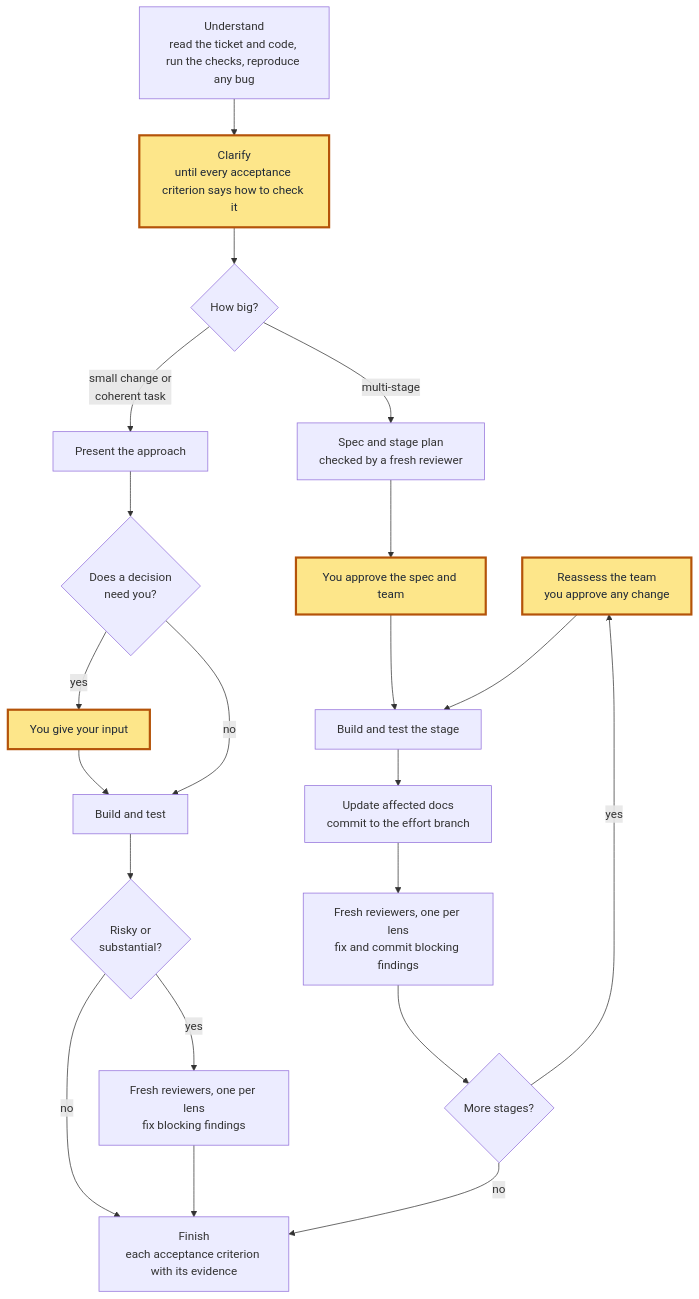
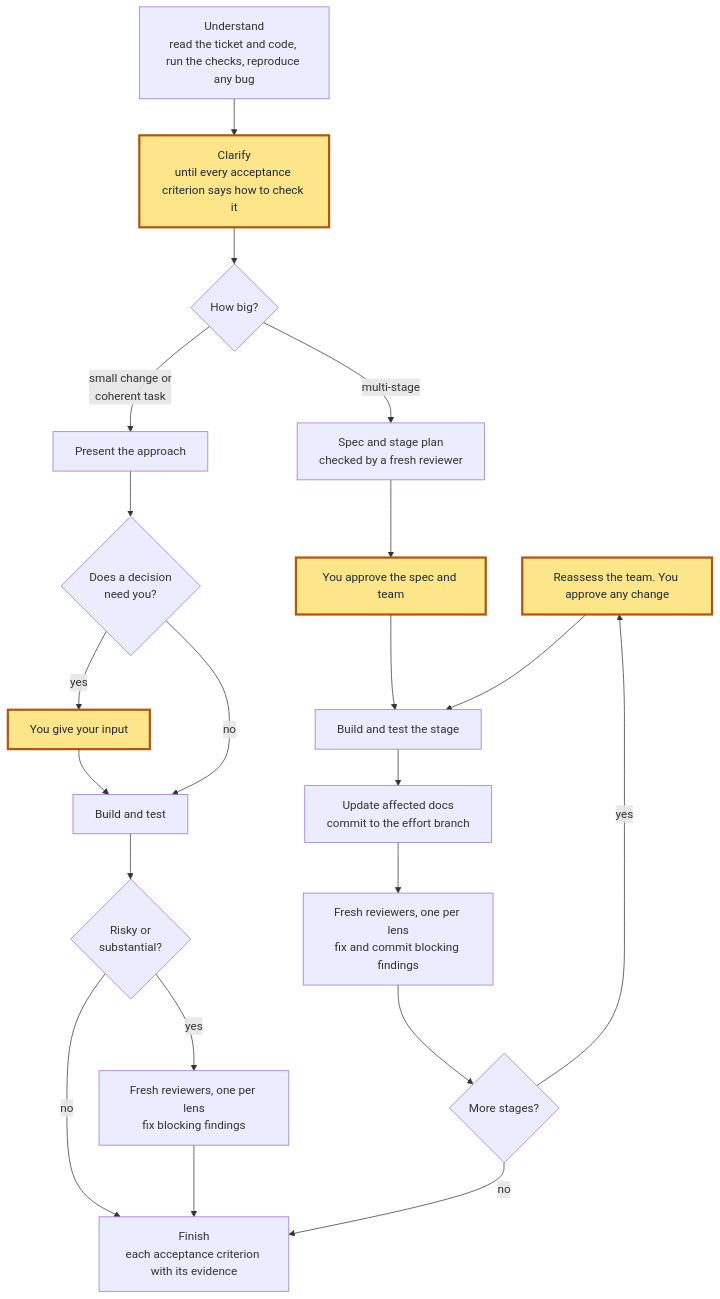
One commit to dipsylala/skills changed the diagram in do-my-work/README.md. Above: the diagram before and after it, drawn with Mermaid.

Commit message:
Reword the reassess-the-team box in the do-my-work diagram

````diff
--- a/do-my-work/README.md
+++ b/do-my-work/README.md
@@ -50,45 +50,45 @@
 ```mermaid
 flowchart TD
     %% Declared first so the layout draws it beside the stage loop.
-    Reassess["Reassess the team<br/>you approve any change"]
+    Reassess["Reassess the team. You approve any change"]
     U["Understand<br/>read the ticket and code, run the checks, reproduce any bug"]
     C["Clarify<br/>until every acceptance criterion says how to check it"]
     Size{"How big?"}
     Plan["Present the approach"]
     Decide{"Does a decision<br/>need you?"}
     Ask["You give your input"]
     Build["Build and test"]
     Risky{"Risky or<br/>substantial?"}
     Review["Fresh reviewers, one per lens<br/>fix blocking findings"]
     Spec["Spec and stage plan<br/>checked by a fresh reviewer"]
     Approve["You approve the spec and team"]
     Stage["Build and test the stage"]
     Commit["Update affected docs<br/>commit to the effort branch"]
     StageReview["Fresh reviewers, one per lens<br/>fix and commit blocking findings"]
     More{"More stages?"}
     Finish["Finish<br/>each acceptance criterion with its evidence"]
 
     U --> C
     C --> Size
     Size -- "small change or<br/>coherent task" --> Plan
     Plan --> Decide
     Decide -- yes --> Ask
     Ask --> Build
     Decide -- no --> Build
     Build --> Risky
     Risky -- yes --> Review
     Risky -- no --> Finish
     Review --> Finish
     Size -- multi-stage --> Spec
     Spec --> Approve
     Approve --> Stage
     Stage --> Commit
     Commit --> StageReview
     StageReview --> More
     More -- yes --> Reassess
     Reassess --> Stage
     More -- no --> Finish
 
     classDef you fill:#fde68a,stroke:#b45309,stroke-width:3px,color:#1f2937
     class C,Ask,Approve,Reassess you
 ```
````
